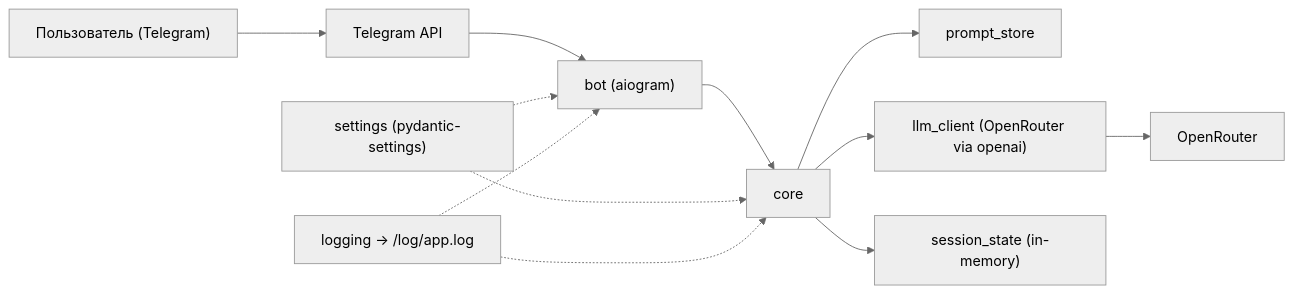
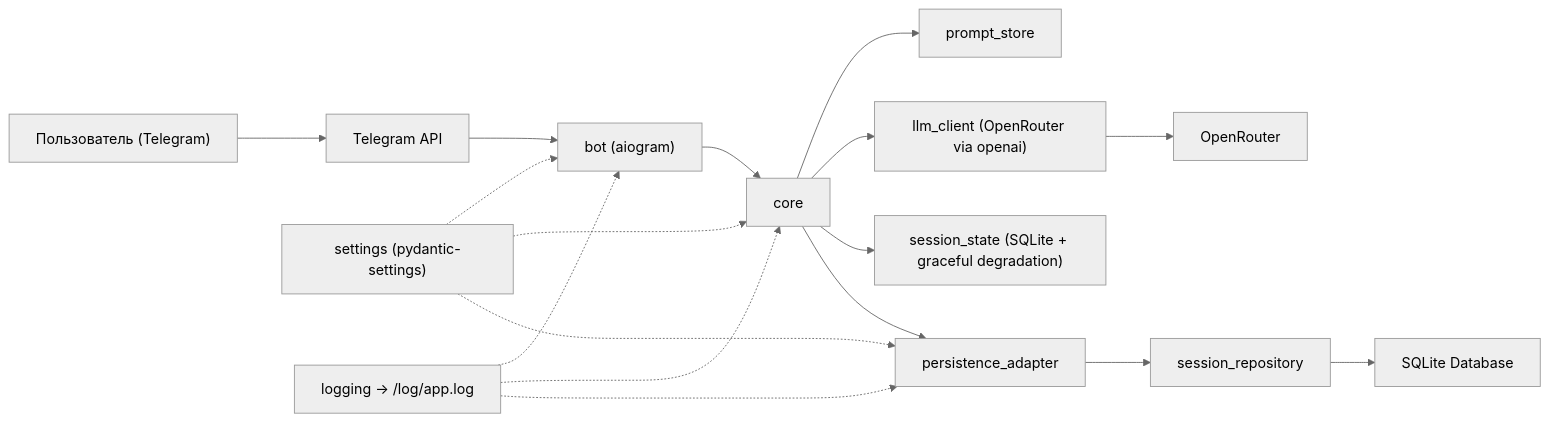
Before and after one commit to mihail-gribov/easy-lessons-bot: the first of 4 diagrams in doc/vision.md, drawn with Mermaid (neutral theme). The commit also changed other lines of this file and 1 other file, not shown here.

First line of the commit message:
Update vision and tasklist docs for persistence requirements

````diff
--- a/doc/vision.md
+++ b/doc/vision.md
@@ -118,14 +133,19 @@
 ```mermaid
 graph LR
   U["Пользователь (Telegram)"] --> TG["Telegram API"]
   TG --> B["bot (aiogram)"]
   B --> C["core"]
   C --> P["prompt_store"]
   C --> LLM["llm_client (OpenRouter via openai)"]
-  C --> S["session_state (in-memory)"]
+  C --> S["session_state (SQLite + graceful degradation)"]
+  C --> PA["persistence_adapter"]
+  PA --> SR["session_repository"]
+  SR --> DB["SQLite Database"]
   SET["settings (pydantic-settings)"] -.-> B
   SET -.-> C
+  SET -.-> PA
   LLM --> OR["OpenRouter"]
   LOG["logging → /log/app.log"] -.-> B
   LOG -.-> C
+  LOG -.-> PA
 ```
````
